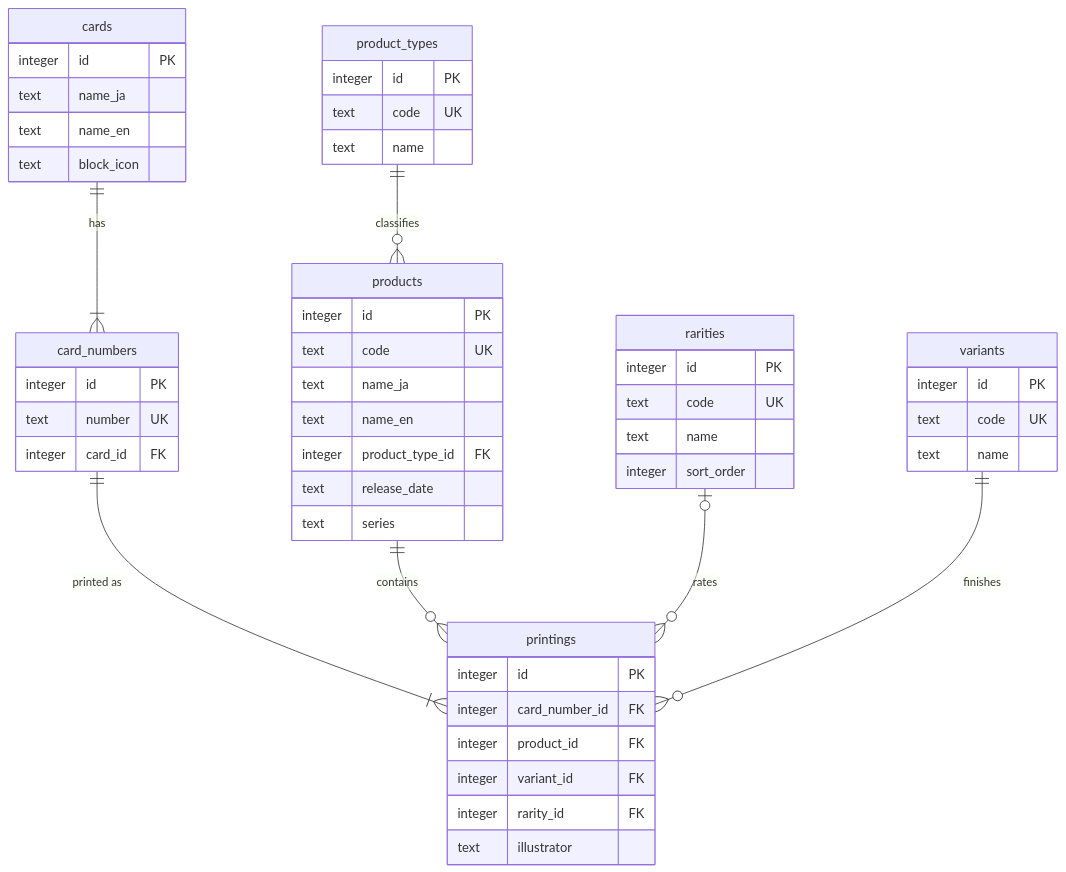
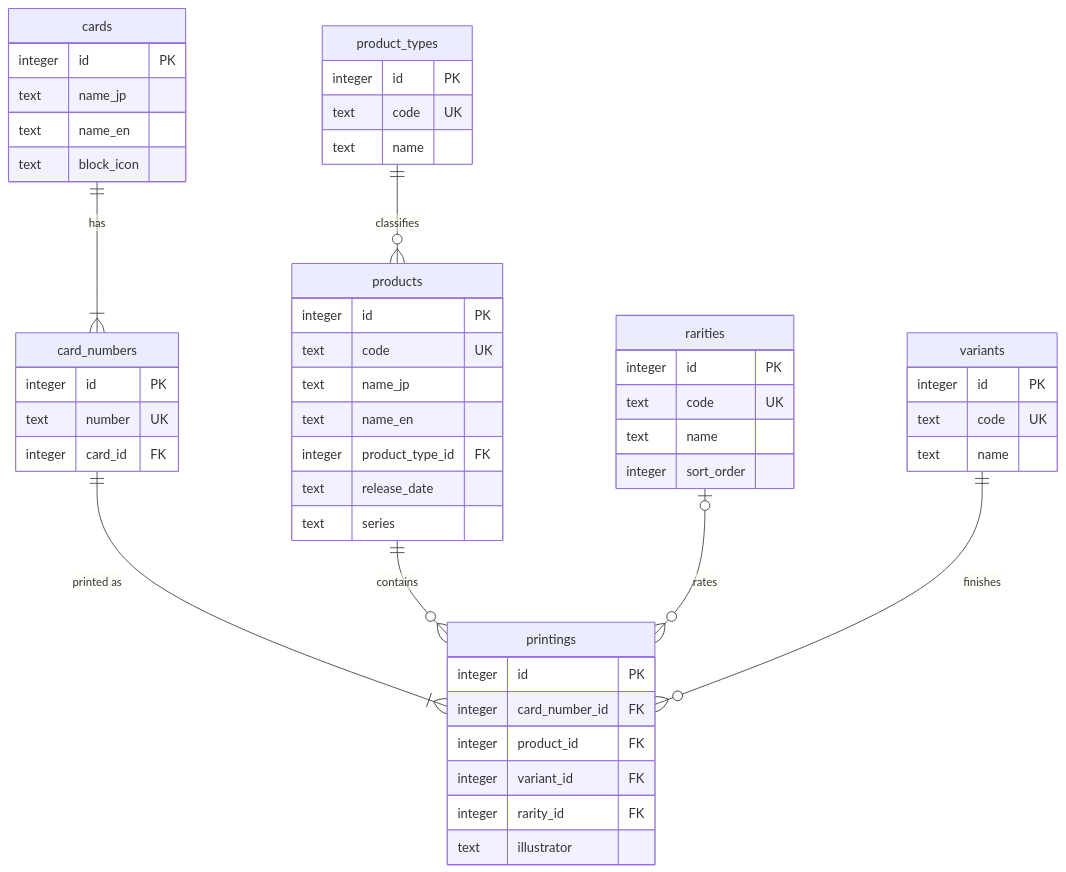
One commit to AleFire99/BS_Database changed the third of 8 diagrams in docs/data-model/target-schema.md. Above: the diagram before and after it, drawn with Mermaid. The commit also changed other lines of this file and 9 other files, not shown here.

````diff
--- a/docs/data-model/target-schema.md
+++ b/docs/data-model/target-schema.md
@@ -285,54 +285,54 @@
 ```mermaid
 erDiagram
     cards ||--|{ card_numbers : "has"
     card_numbers ||--|{ printings : "printed as"
     products ||--o{ printings : "contains"
     product_types ||--o{ products : "classifies"
     rarities |o--o{ printings : "rates"
     variants ||--o{ printings : "finishes"
 
     cards {
         integer id PK
-        text name_ja
+        text name_jp
         text name_en
         text block_icon
     }
     card_numbers {
         integer id PK
         text number UK
         integer card_id FK
     }
     printings {
         integer id PK
         integer card_number_id FK
         integer product_id FK
         integer variant_id FK
         integer rarity_id FK
         text illustrator
     }
     products {
         integer id PK
         text code UK
-        text name_ja
+        text name_jp
         text name_en
         integer product_type_id FK
         text release_date
         text series
     }
     product_types {
         integer id PK
         text code UK
         text name
     }
     rarities {
         integer id PK
         text code UK
         text name
         integer sort_order
     }
     variants {
         integer id PK
         text code UK
         text name
     }
 ```
````
